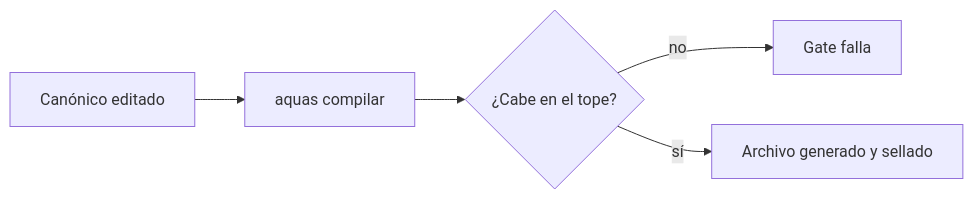
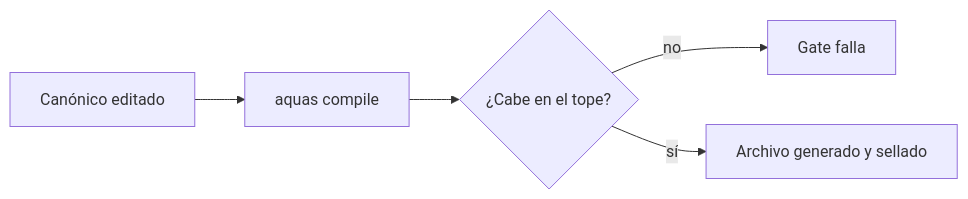
The first of 3 diagrams in docs/E000/F002/README.md (jliberal-aquas/aquas-central-harness-government), drawn with Mermaid before and after one commit. The commit also changed other lines of this file and 184 other files, not shown here.

````diff
--- a/docs/E000/F002/README.md
+++ b/docs/E000/F002/README.md
@@ -38,7 +38,7 @@
 ```mermaid
 flowchart LR
-    C["Canónico editado"] --> K["aquas compilar"]
+    C["Canónico editado"] --> K["aquas compile"]
     K --> T{"¿Cabe en el tope?"}
     T -- "no" --> X["Gate falla"]
     T -- "sí" --> S["Archivo generado y sellado"]
 ```
````
